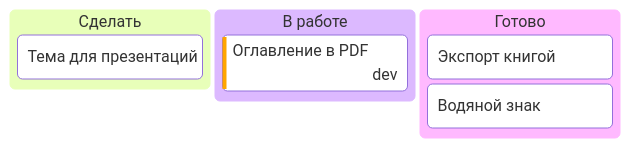
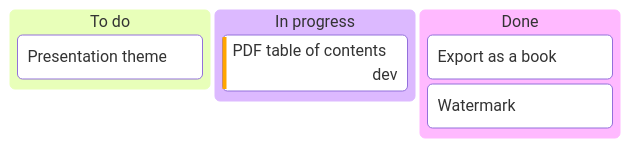
One commit to Kseen715/md2pdfX changed the sixth of 8 diagrams in examples/engineering.md. Above: the diagram before and after it, drawn with Mermaid. The commit also changed other lines of this file and 25 other files, not shown here.

````diff
--- a/examples/engineering.md
+++ b/examples/engineering.md
@@ -83,10 +83,10 @@
 ```mermaid
 kanban
-    todo[Сделать]
-        t1[Тема для презентаций]
-    doing[В работе]
-        t2[Оглавление в PDF]@{ assigned: 'dev', priority: 'High' }
-    done[Готово]
-        t3[Экспорт книгой]
-        t4[Водяной знак]
+    todo[To do]
+        t1[Presentation theme]
+    doing[In progress]
+        t2[PDF table of contents]@{ assigned: 'dev', priority: 'High' }
+    done[Done]
+        t3[Export as a book]
+        t4[Watermark]
 ```
````
